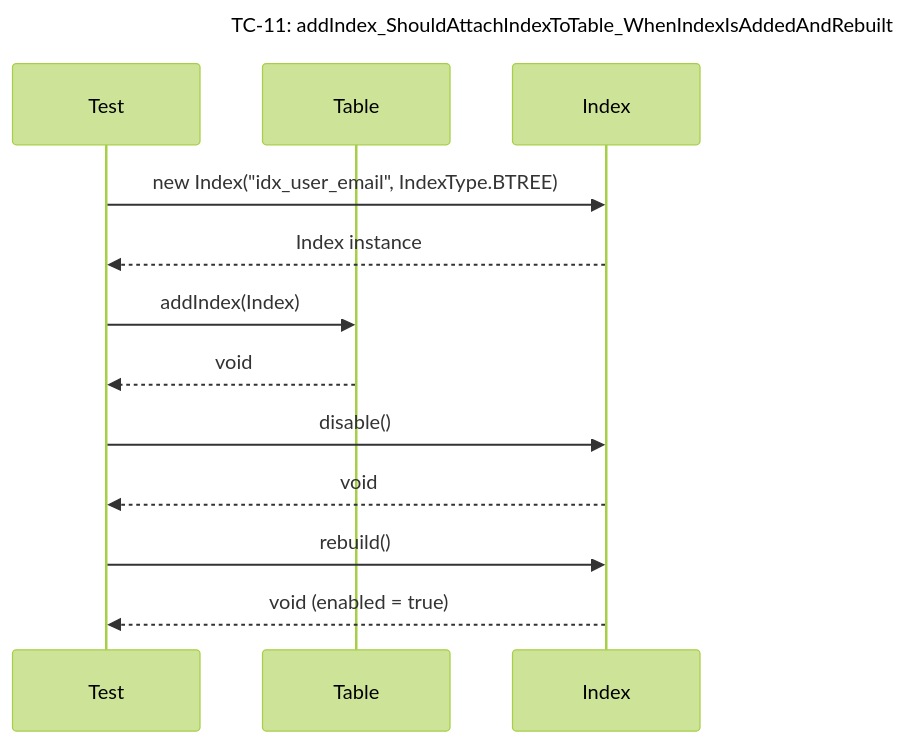
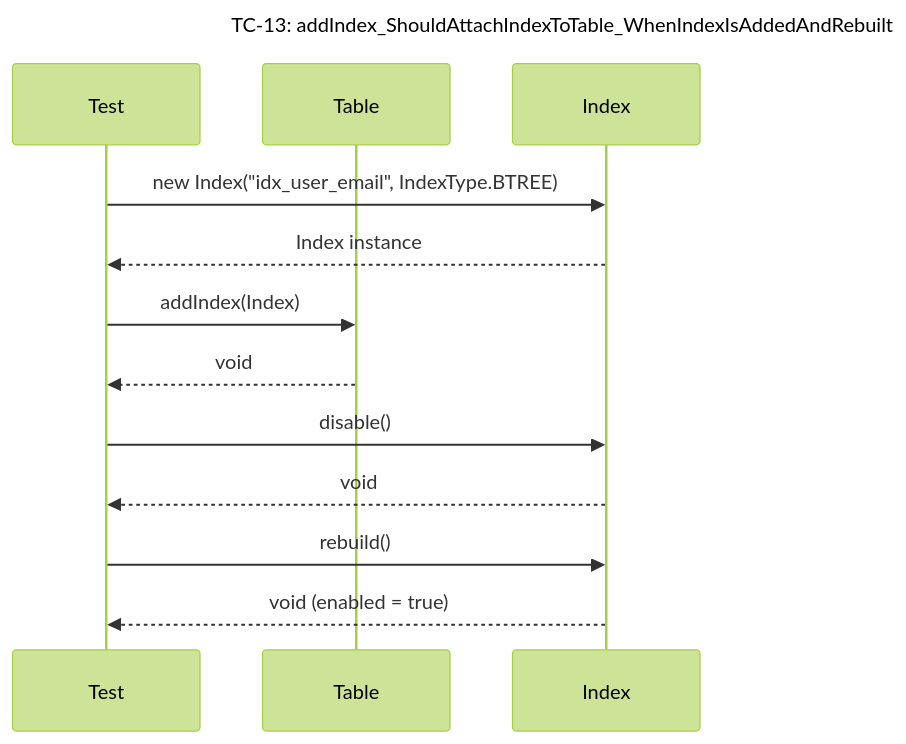
One commit to Dikhang1112/Database_Management_BBV changed diagram 36 of 47 in docs/unit_test/metadata/SequeceTestCase.md. Above: the diagram before and after it, drawn with Mermaid (forest theme). The commit also changed other lines of this file and 23 other files, not shown here.

````diff
--- a/docs/unit_test/metadata/SequeceTestCase.md
+++ b/docs/unit_test/metadata/SequeceTestCase.md
@@ -209,16 +554,16 @@
 ```mermaid
 sequenceDiagram
-    title TC-11: addIndex_ShouldAttachIndexToTable_WhenIndexIsAddedAndRebuilt
+    title TC-13: addIndex_ShouldAttachIndexToTable_WhenIndexIsAddedAndRebuilt
     participant Test
     participant Table
     participant Index
 
     Test->>Index: new Index("idx_user_email", IndexType.BTREE)
     Index-->>Test: Index instance
     Test->>Table: addIndex(Index)
     Table-->>Test: void
     Test->>Index: disable()
     Index-->>Test: void
     Test->>Index: rebuild()
     Index-->>Test: void (enabled = true)
 ```
````
